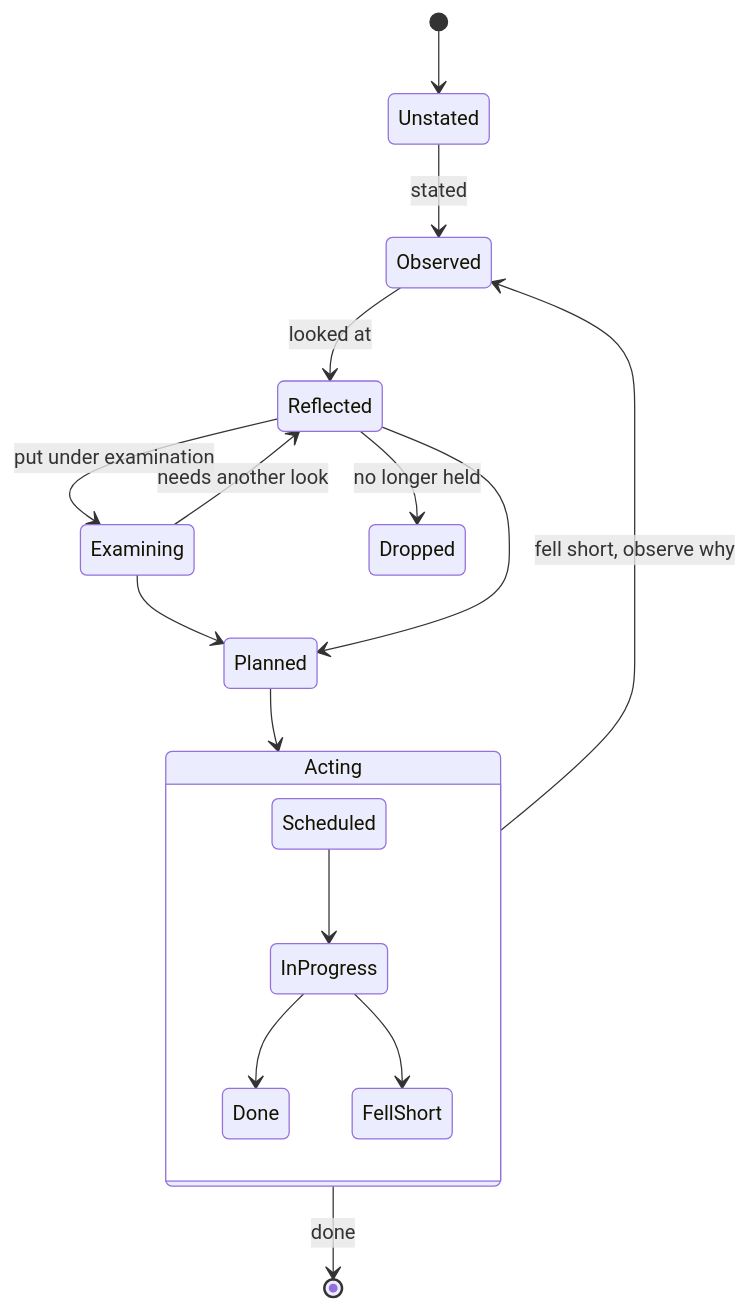
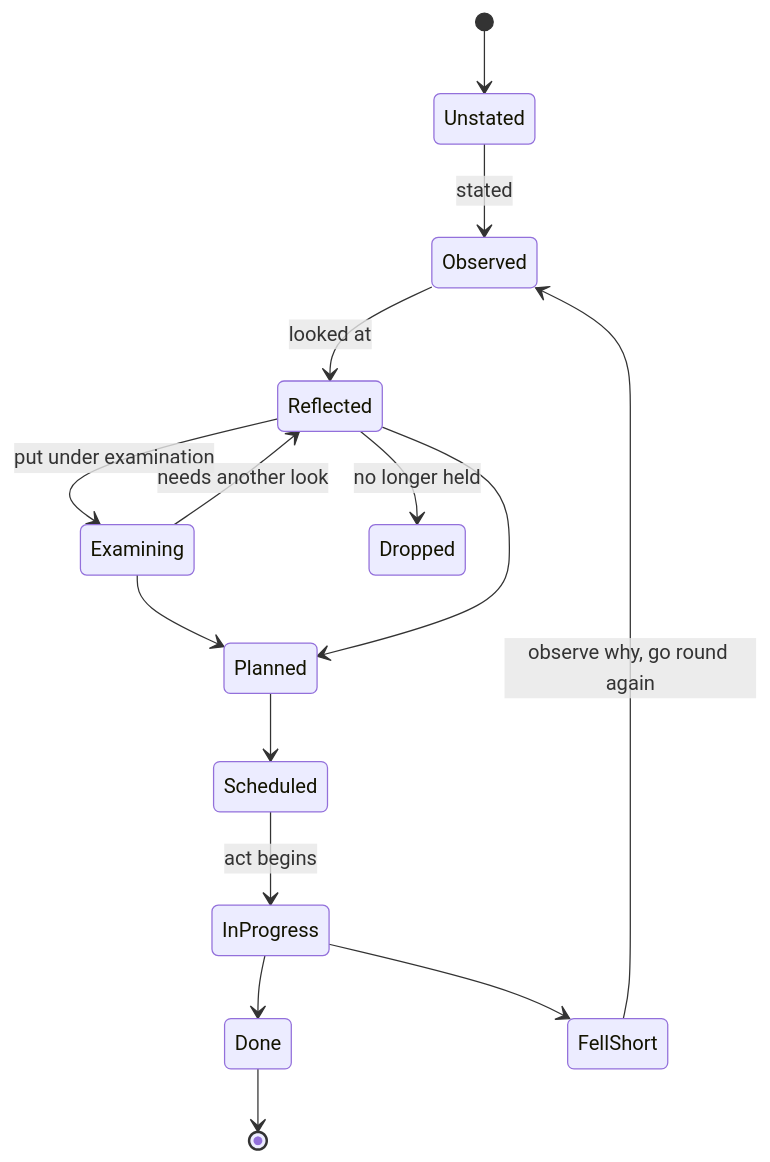
The third of 3 diagrams in docs/design/REFLECT_DOMAIN_2026-11-12.md (tchjhnsn/reflect), drawn with Mermaid before and after one commit. The commit also changed other lines of this file, not shown here.

First line of the commit message:
Domain design: fell short loops back; add the Ventures of a Lifetime statechart

````diff
--- a/docs/design/REFLECT_DOMAIN_2026-11-12.md
+++ b/docs/design/REFLECT_DOMAIN_2026-11-12.md
@@ -65,19 +109,17 @@
 ```mermaid
 stateDiagram-v2
   [*] --> Unstated
   Unstated --> Observed : stated
   Observed --> Reflected : looked at
   Reflected --> Examining : put under examination
   Reflected --> Dropped : no longer held
   Examining --> Reflected : needs another look
   Examining --> Planned
   Reflected --> Planned
-  Planned --> Acting
-  state Acting {
-    Scheduled --> InProgress
-    InProgress --> Done
-    InProgress --> FellShort
-  }
-  Acting --> Observed : fell short, observe why
-  Acting --> [*] : done
+  Planned --> Scheduled
+  Scheduled --> InProgress : act begins
+  InProgress --> Done
+  InProgress --> FellShort
+  FellShort --> Observed : observe why, go round again
+  Done --> [*]
 ```
````
